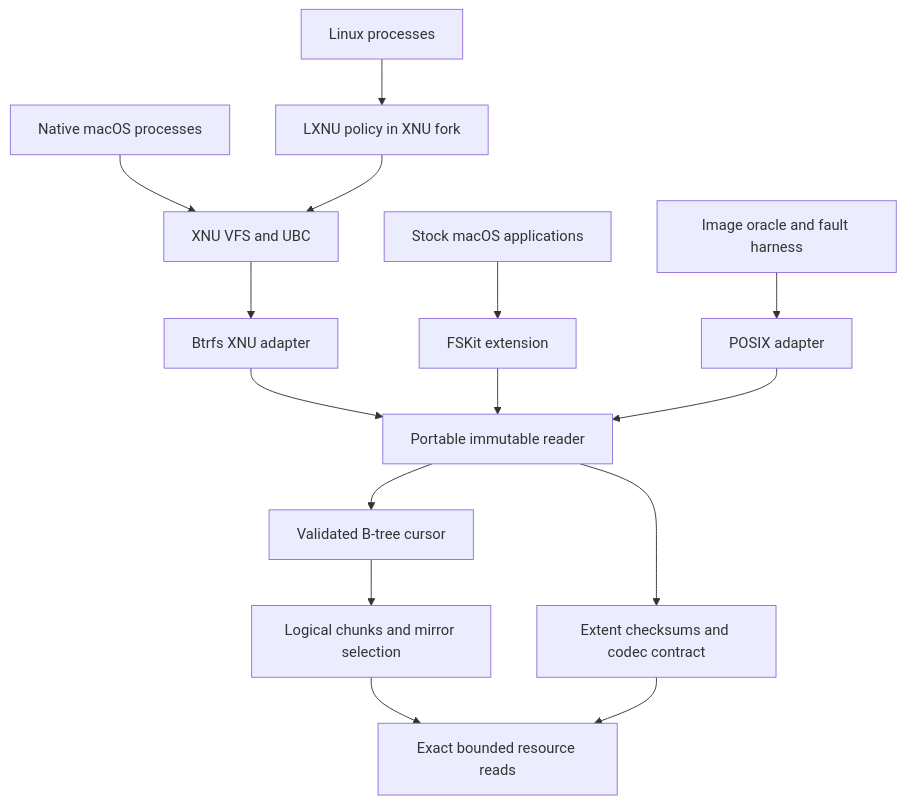
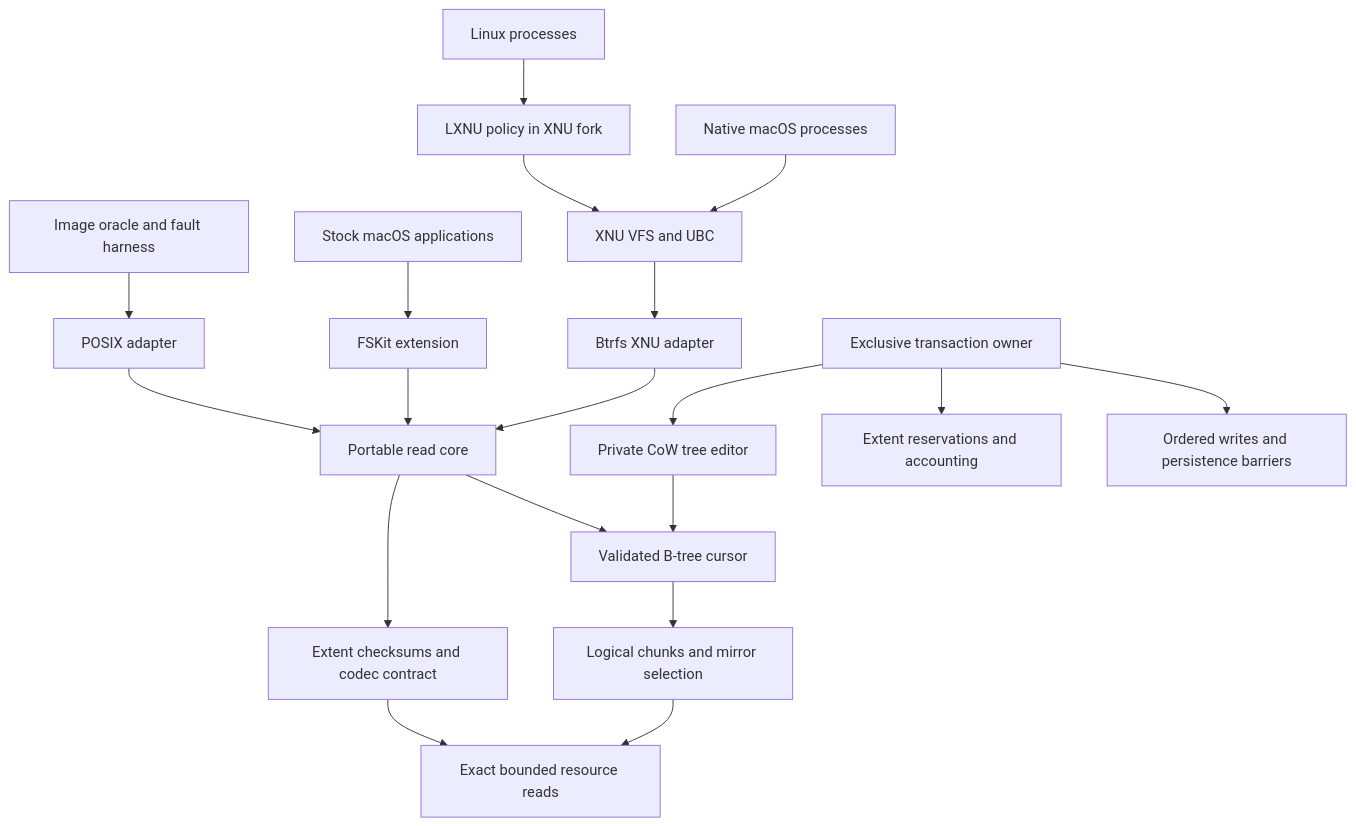
One commit to machlin-project/btrfs changed the diagram in docs/ARCHITECTURE.md. Above: the diagram before and after it, drawn with Mermaid. The commit also changed other lines of this file and 29 other files, not shown here.

````diff
--- a/docs/ARCHITECTURE.md
+++ b/docs/ARCHITECTURE.md
@@ -5,17 +5,21 @@
 ```mermaid
 flowchart TD
   Linux[Linux processes] --> LXNU[LXNU policy in XNU fork]
   Darwin[Native macOS processes] --> VFS[XNU VFS and UBC]
   LXNU --> VFS
   VFS --> Kernel[Btrfs XNU adapter]
   Apps[Stock macOS applications] --> FSKit[FSKit extension]
   Image[Image oracle and fault harness] --> POSIX[POSIX adapter]
-  Kernel --> Core[Portable immutable reader]
+  Kernel --> Core[Portable read core]
   FSKit --> Core
   POSIX --> Core
-  Core --> Trees[Validated B-tree cursor]
+  Writer[Exclusive transaction owner] --> Mutate[Private CoW tree editor]
+  Mutate --> Trees[Validated B-tree cursor]
+  Writer --> Space[Extent reservations and accounting]
+  Writer --> Publish[Ordered writes and persistence barriers]
+  Core --> Trees
   Trees --> Chunks[Logical chunks and mirror selection]
   Core --> Verify[Extent checksums and codec contract]
   Chunks --> Resource[Exact bounded resource reads]
   Verify --> Resource
 ```
````
